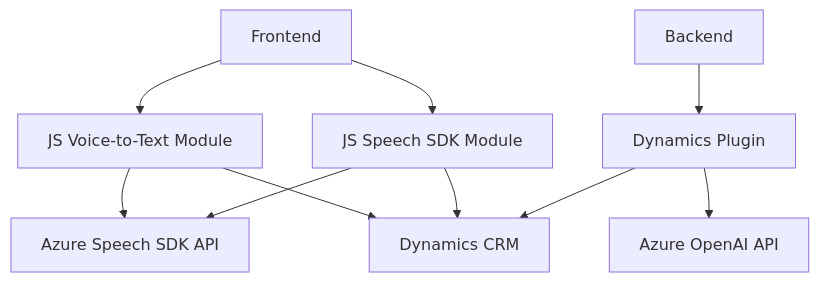
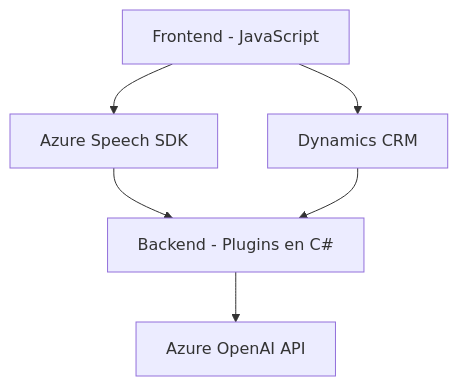
Before and after one commit to blopezdm/NETCORE_BILBAO2025: the diagram in README.md, drawn with Mermaid. The commit also changed other lines of this file, not shown here.

````diff
--- a/README.md
+++ b/README.md
@@ -46,12 +30,14 @@
 ```mermaid
 graph TD
-    A["Frontend"] --> B["JS Speech SDK Module"]
-    A --> C["JS Voice-to-Text Module"]
-    B --> D["Azure Speech SDK API"]
-    C --> D
-    E["Backend"] --> F["Dynamics Plugin"]
-    F --> G["Azure OpenAI API"]
-    F --> H["Dynamics CRM"]
-    B --> H
-    C --> H
+A["Frontend - JavaScript"]
+B["Azure Speech SDK"]
+C["Backend - Plugins en C#"]
+D["Azure OpenAI API"]
+E["Dynamics CRM"]
+
+A --> B
+B --> C
+A --> E
+C --> D
+E --> C
 ```
````
